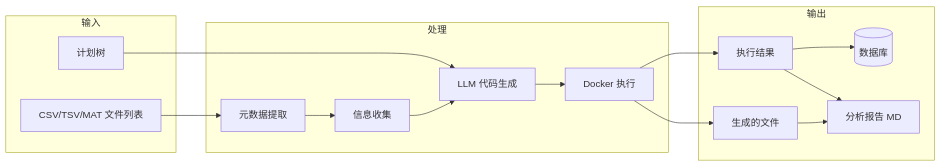
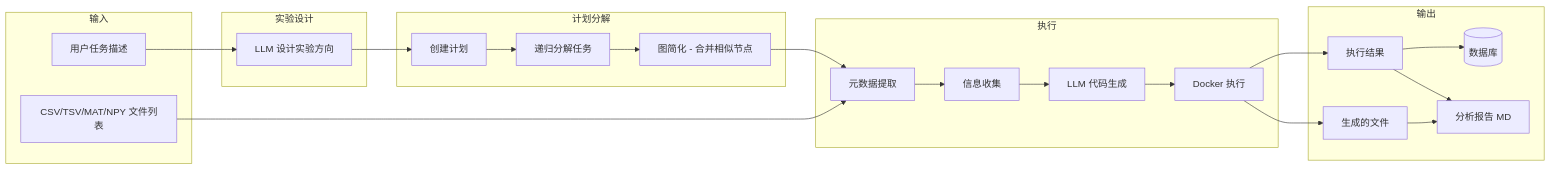
One commit to Org-GAgent/result-interpreter changed the seventh of 7 diagrams in app/services/interpreter/docs/interpreter_workflow.md. Above: the diagram before and after it, drawn with Mermaid. The commit also changed other lines of this file and 9 other files, not shown here.

````diff
--- a/app/services/interpreter/docs/interpreter_workflow.md
+++ b/app/services/interpreter/docs/interpreter_workflow.md
@@ -240,32 +315,46 @@
 ```mermaid
 flowchart LR
     subgraph 输入
-        CSV[CSV/TSV/MAT 文件列表]
-        Plan[计划树]
+        DESC[用户任务描述]
+        CSV[CSV/TSV/MAT/NPY 文件列表]
     end
 
-    subgraph 处理
+    subgraph 实验设计
+        EXP[LLM 设计实验方向]
+    end
+
+    subgraph 计划分解
+        PLAN[创建计划]
+        DECOMP[递归分解任务]
+        SIMP[图简化 - 合并相似节点]
+    end
+
+    subgraph 执行
         Meta[元数据提取]
         Info[信息收集]
         LLM[LLM 代码生成]
         Docker[Docker 执行]
     end
 
     subgraph 输出
         DB[(数据库)]
         Files[生成的文件]
         Report[分析报告 MD]
         Result[执行结果]
     end
 
+    DESC --> EXP
     CSV --> Meta
+    EXP --> PLAN
+    PLAN --> DECOMP
+    DECOMP --> SIMP
+    SIMP --> Meta
     Meta --> Info
     Info --> LLM
-    Plan --> LLM
     LLM --> Docker
     Docker --> Files
     Docker --> Result
     Result --> DB
     Files --> Report
     Result --> Report
 ```
````
